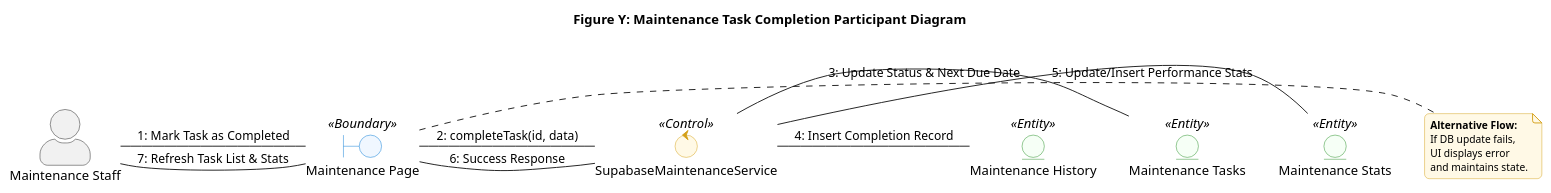
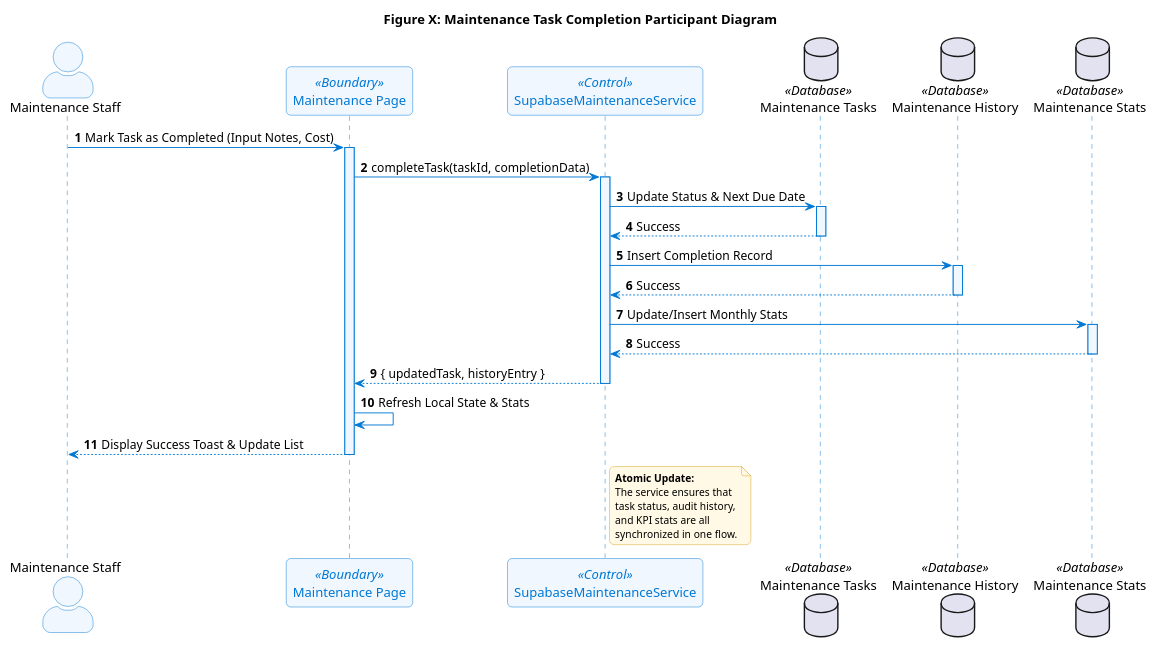
Before and after one commit to DevNumb/YorkChilllerMLproject: the diagram in MAINTENANCE_PARTICIPANTS.puml, drawn with PlantUML. The commit also changed 35 other files, not shown here.

Commit message:
feat: integrate ML fault detection API with Supabase history and documentation

```diff
--- a/MAINTENANCE_PARTICIPANTS.puml
+++ b/MAINTENANCE_PARTICIPANTS.puml
@@ -1,55 +1,79 @@
-@startuml
-title Figure Y: Maintenance Task Completion Participant Diagram
+@startuml Maintenance Participant Diagram
+title Figure X: Maintenance Task Completion Participant Diagram
 
-' Professional Styling
+' Professional Sequence Diagram Styling
 skinparam actorStyle awesome
 skinparam backgroundColor white
 skinparam handwritten false
 skinparam monochrome false
 skinparam shadowing false
 skinparam roundcorner 10
+skinparam ParticipantPadding 40
+skinparam BoxPadding 10
 
-skinparam boundary {
-    BackgroundColor #f0f7ff
-    BorderColor #0078d4
-}
-
-skinparam control {
-    BackgroundColor #fff9e6
-    BorderColor #d4a017
-}
-
-skinparam entity {
-    BackgroundColor #f6fff6
-    BorderColor #228b22
+skinparam sequence {
+    ArrowColor #0078d4
+    LifeLineBorderColor #0078d4
+    LifeLineBackgroundColor #f0f7ff
+    
+    ParticipantBackgroundColor #f0f7ff
+    ParticipantBorderColor #0078d4
+    ParticipantFontSize 14
+    ParticipantFontColor #0078d4
+    
+    ActorBackgroundColor #f0f7ff
+    ActorBorderColor #0078d4
 }
 
 skinparam note {
     BackgroundColor #fff9e6
     BorderColor #d4a017
     FontSize 11
 }
 
 actor "Maintenance Staff" as User
-boundary "Maintenance Page" as UI <<Boundary>>
-control "SupabaseMaintenanceService" as Service <<Control>>
-entity "Maintenance Tasks" as Tasks <<Entity>>
-entity "Maintenance History" as History <<Entity>>
-entity "Maintenance Stats" as Stats <<Entity>>
+participant "Maintenance Page" as UI <<Boundary>>
+participant "SupabaseMaintenanceService" as Service <<Control>>
+database "Maintenance Tasks" as Tasks <<Database>>
+database "Maintenance History" as History <<Database>>
+database "Maintenance Stats" as Stats <<Database>>
 
-User - UI : 1: Mark Task as Completed
-UI - Service : 2: completeTask(id, data)
-Service - Tasks : 3: Update Status & Next Due Date
-Service - History : 4: Insert Completion Record
-Service - Stats : 5: Update/Insert Performance Stats
-Service - UI : 6: Success Response
-UI - User : 7: Refresh Task List & Stats
+autonumber
 
-note right of UI
-  **Alternative Flow:**
-  If DB update fails,
-  UI displays error
-  and maintains state.
+User -> UI : Mark Task as Completed (Input Notes, Cost)
+activate UI
+
+UI -> Service : completeTask(taskId, completionData)
+activate Service
+
+Service -> Tasks : Update Status & Next Due Date
+activate Tasks
+Tasks --> Service : Success
+deactivate Tasks
+
+Service -> History : Insert Completion Record
+activate History
+History --> Service : Success
+deactivate History
+
+Service -> Stats : Update/Insert Monthly Stats
+activate Stats
+Stats --> Service : Success
+deactivate Stats
+
+Service --> UI : { updatedTask, historyEntry }
+deactivate Service
+
+UI -> UI : Refresh Local State & Stats
+UI --> User : Display Success Toast & Update List
+deactivate UI
+
+note right of Service
+  **Atomic Update:**
+  The service ensures that
+  task status, audit history,
+  and KPI stats are all 
+  synchronized in one flow.
 end note
 
 @enduml
```
